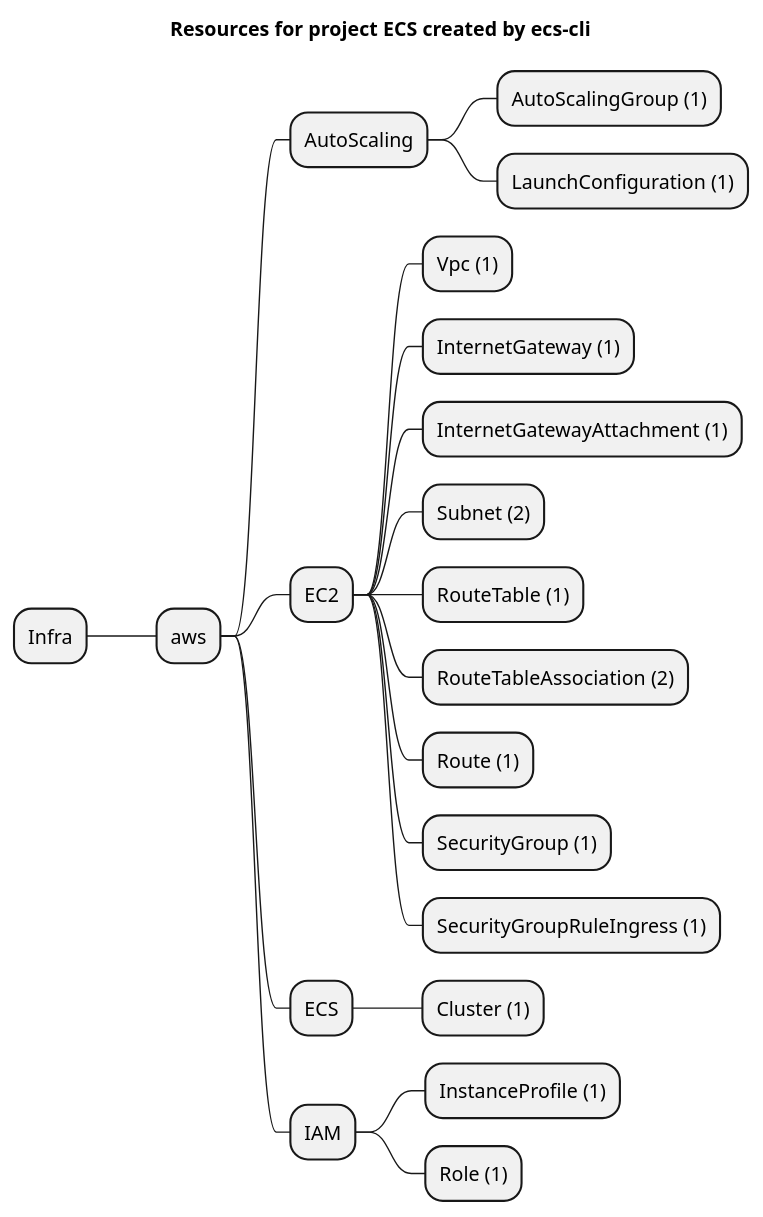
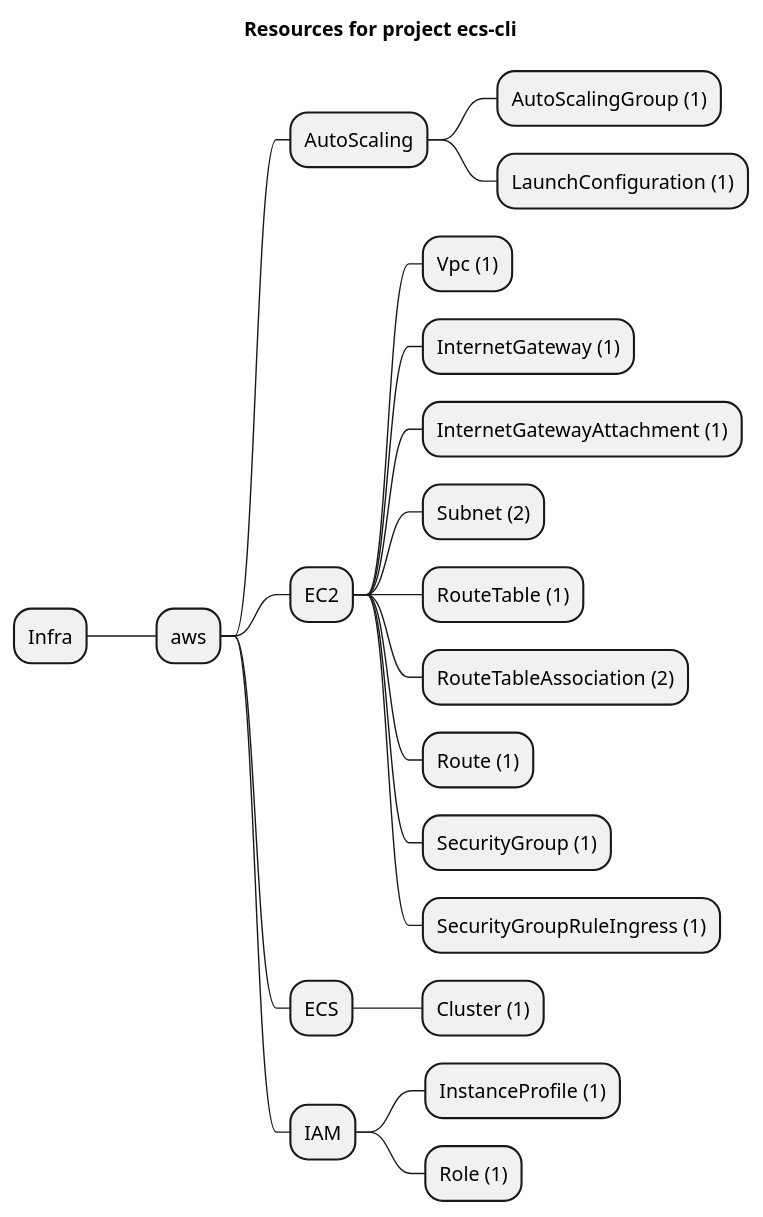
One commit to grucloud/grucloud changed the diagram in examples/aws/ECS/ecs-cli/artifacts/resources-mindmap.puml. Above: the diagram before and after it, drawn with PlantUML. The commit also changed 766 other files, not shown here.

Commit message:
update diagram

```diff
--- a/examples/aws/ECS/ecs-cli/artifacts/resources-mindmap.puml
+++ b/examples/aws/ECS/ecs-cli/artifacts/resources-mindmap.puml
@@ -1,24 +1,24 @@
 @startmindmap
-title Resources for project ECS created by ecs-cli
+title Resources for project ecs-cli
 skinparam monochrome true
 + Infra
 ++ aws
 +++ AutoScaling
 ++++ AutoScalingGroup (1)
 ++++ LaunchConfiguration (1)
 +++ EC2
 ++++ Vpc (1)
 ++++ InternetGateway (1)
 ++++ InternetGatewayAttachment (1)
 ++++ Subnet (2)
 ++++ RouteTable (1)
 ++++ RouteTableAssociation (2)
 ++++ Route (1)
 ++++ SecurityGroup (1)
 ++++ SecurityGroupRuleIngress (1)
 +++ ECS
 ++++ Cluster (1)
 +++ IAM
 ++++ InstanceProfile (1)
 ++++ Role (1)
 @endmindmap
```
